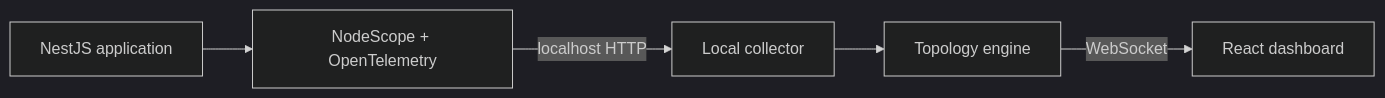
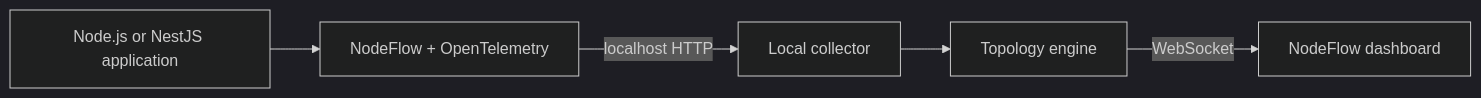
One commit to msHamed1/node-flow changed the diagram in README.md. Above: the diagram before and after it, drawn with Mermaid (dark theme). The commit also changed other lines of this file and 39 other files, not shown here.

````diff
--- a/README.md
+++ b/README.md
@@ -59,7 +62,7 @@
 ```mermaid
 flowchart LR
-    App[NestJS application] --> Instrumentation[NodeScope + OpenTelemetry]
+    App[Node.js or NestJS application] --> Instrumentation[NodeFlow + OpenTelemetry]
     Instrumentation -->|localhost HTTP| Collector[Local collector]
     Collector --> Engine[Topology engine]
-    Engine -->|WebSocket| Dashboard[React dashboard]
+    Engine -->|WebSocket| Dashboard[NodeFlow dashboard]
 ```
````
